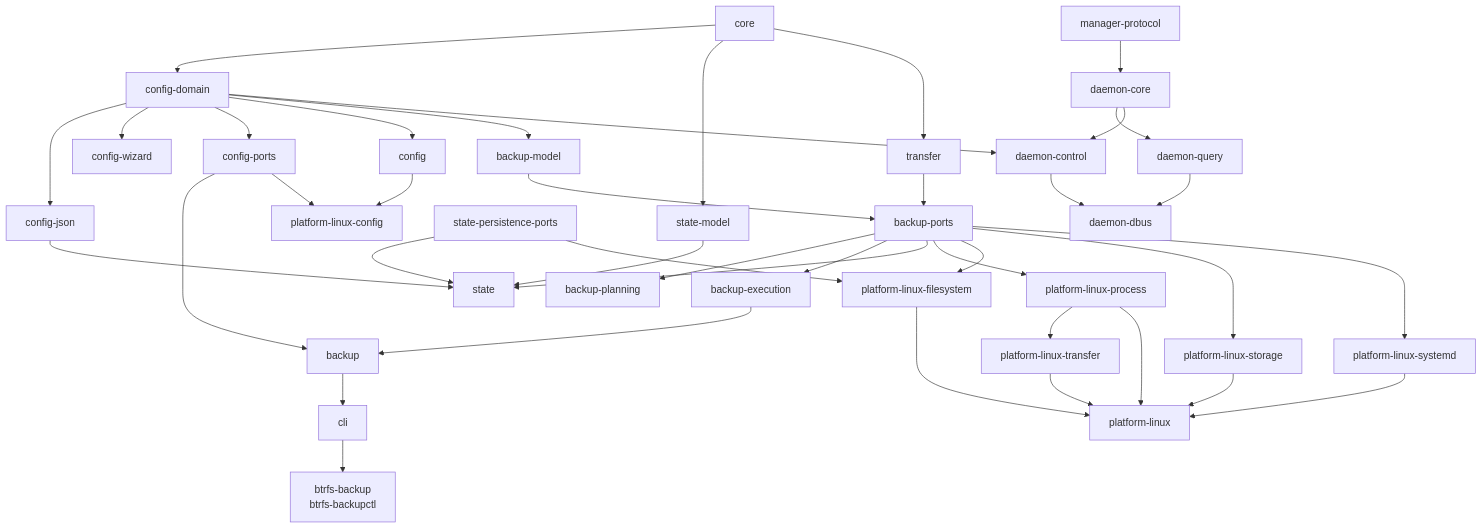
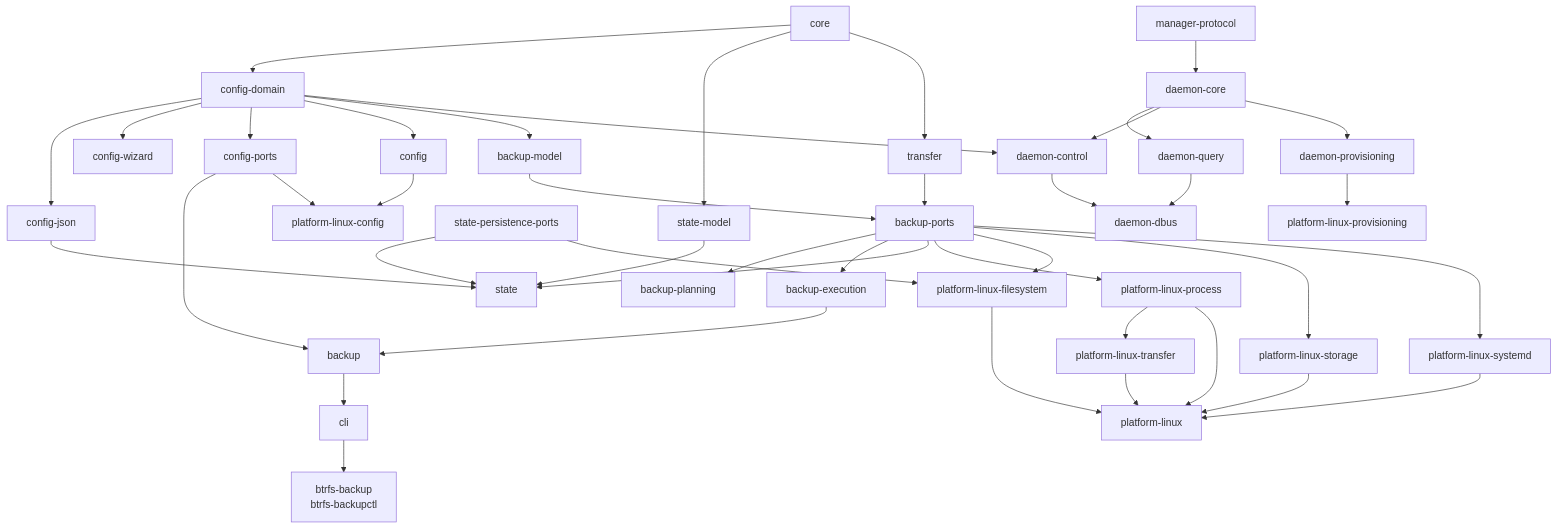
One commit to kapiwko/btrfs-backup changed the diagram in docs/cpp-layout.md. Above: the diagram before and after it, drawn with Mermaid. The commit also changed other lines of this file and 26 other files, not shown here.

````diff
--- a/docs/cpp-layout.md
+++ b/docs/cpp-layout.md
@@ -107,45 +108,47 @@
 ```mermaid
 flowchart TB
     core --> config_domain[config-domain]
     core --> state_model[state-model]
     core --> transfer
     config_domain --> config_json[config-json]
     config_domain --> config_wizard[config-wizard]
     config_domain --> config_ports[config-ports]
     config_domain --> config
     config_domain --> backup_model[backup-model]
     backup_model --> backup_ports[backup-ports]
     transfer --> backup_ports
     backup_ports --> planning[backup-planning]
     backup_ports --> execution[backup-execution]
     execution --> backup
     config_ports --> backup
     backup_ports --> state
     config_json --> state
     state_model --> state
     state_persistence[state-persistence-ports] --> state
 
     backup_ports --> linux_process[platform-linux-process]
     backup_ports --> linux_filesystem[platform-linux-filesystem]
     backup_ports --> linux_storage[platform-linux-storage]
     backup_ports --> linux_systemd[platform-linux-systemd]
     state_persistence --> linux_filesystem
     linux_process --> linux_transfer[platform-linux-transfer]
     config --> linux_config[platform-linux-config]
     config_ports --> linux_config
     linux_process --> platform[platform-linux]
     linux_filesystem --> platform
     linux_storage --> platform
     linux_systemd --> platform
     linux_transfer --> platform
 
     backup --> cli
     cli --> executables[btrfs-backup<br/>btrfs-backupctl]
 
     manager_protocol[manager-protocol] --> daemon_core[daemon-core]
     daemon_core --> daemon_query[daemon-query]
     daemon_core --> daemon_control[daemon-control]
+    daemon_core --> daemon_provisioning[daemon-provisioning]
     config_domain --> daemon_control
     daemon_control --> daemon_dbus[daemon-dbus]
     daemon_query --> daemon_dbus
+    daemon_provisioning --> linux_provisioning[platform-linux-provisioning]
 ```
````
